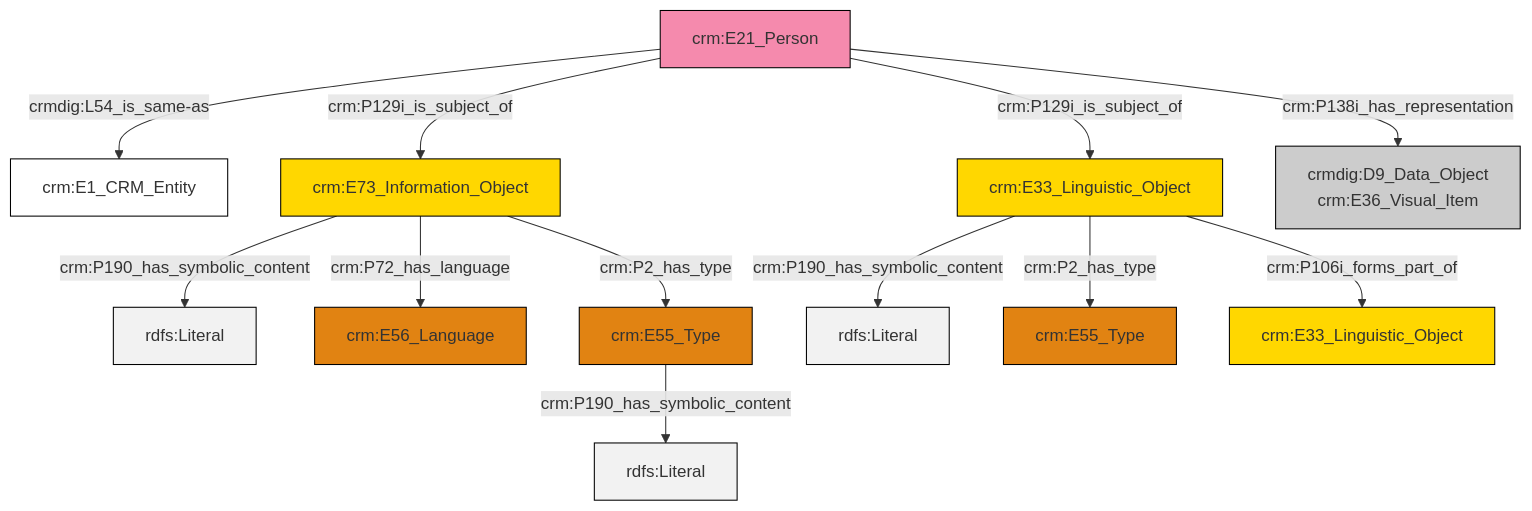
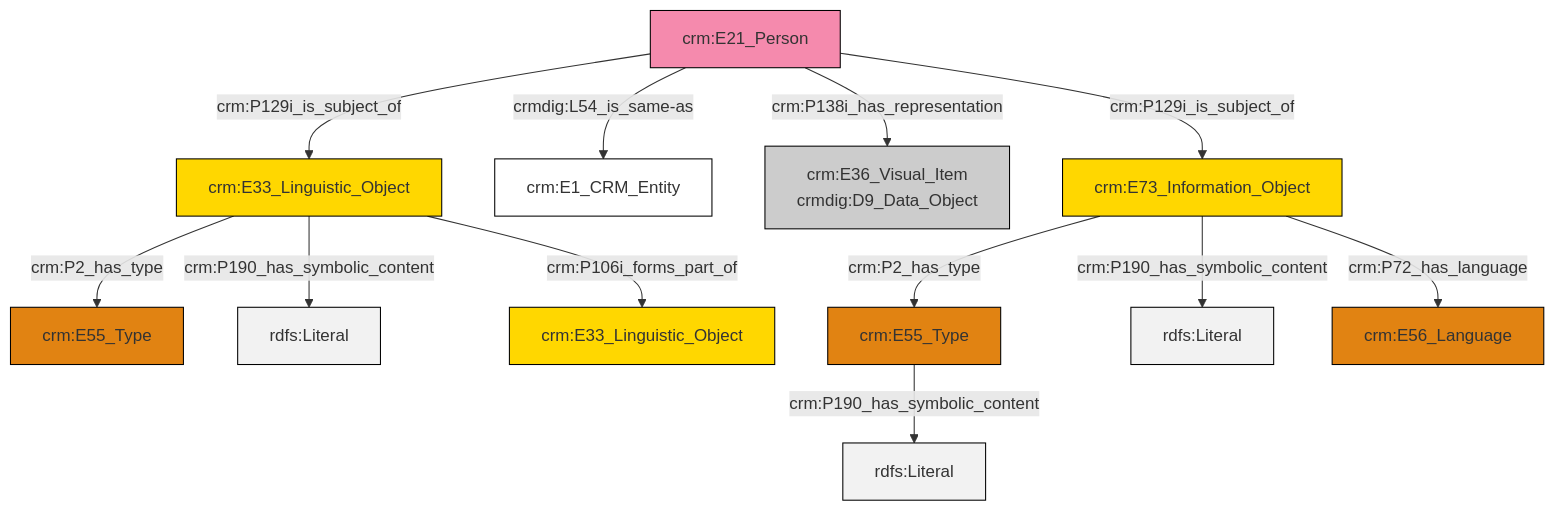
The diagram in et/personCSV/ttl/mmd/Person_Documentation.ttl.mmd (swiss-art-research-net/reference-data-models), drawn with Mermaid before and after one commit. The commit also changed 150 other files, not shown here.

```diff
--- a/et/personCSV/ttl/mmd/Person_Documentation.ttl.mmd
+++ b/et/personCSV/ttl/mmd/Person_Documentation.ttl.mmd
@@ -1,26 +1,26 @@
 graph TD
 classDef Literal fill:#f2f2f2,stroke:#000000;
 classDef CRM_Entity fill:#FFFFFF,stroke:#000000;
 classDef Temporal_Entity fill:#00C9E6, stroke:#000000;
 classDef Type fill:#E18312, stroke:#000000;
 classDef Time-Span fill:#2C9C91, stroke:#000000;
 classDef Appellation fill:#FFEB7F, stroke:#000000;
 classDef Place fill:#008836, stroke:#000000;
 classDef Persistent_Item fill:#B266B2, stroke:#000000;
 classDef Conceptual_Object fill:#FFD700, stroke:#000000;
 classDef Physical_Thing fill:#D2B48C, stroke:#000000;
 classDef Actor fill:#f58aad, stroke:#000000;
 classDef PC_Classes fill:#4ce600, stroke:#000000;
 classDef Multi fill:#cccccc,stroke:#000000;
 
-0["crm:E21_Person"]:::Actor -->|crmdig:L54_is_same-as| 1["crm:E1_CRM_Entity"]:::CRM_Entity
-2["crm:E55_Type"]:::Type -->|crm:P190_has_symbolic_content| 3[rdfs:Literal]:::Literal
-5["crm:E73_Information_Object"]:::Conceptual_Object -->|crm:P190_has_symbolic_content| 6[rdfs:Literal]:::Literal
-0["crm:E21_Person"]:::Actor -->|crm:P129i_is_subject_of| 5["crm:E73_Information_Object"]:::Conceptual_Object
-0["crm:E21_Person"]:::Actor -->|crm:P129i_is_subject_of| 9["crm:E33_Linguistic_Object"]:::Conceptual_Object
-9["crm:E33_Linguistic_Object"]:::Conceptual_Object -->|crm:P190_has_symbolic_content| 10[rdfs:Literal]:::Literal
-5["crm:E73_Information_Object"]:::Conceptual_Object -->|crm:P72_has_language| 11["crm:E56_Language"]:::Type
-9["crm:E33_Linguistic_Object"]:::Conceptual_Object -->|crm:P2_has_type| 12["crm:E55_Type"]:::Type
-5["crm:E73_Information_Object"]:::Conceptual_Object -->|crm:P2_has_type| 2["crm:E55_Type"]:::Type
-0["crm:E21_Person"]:::Actor -->|crm:P138i_has_representation| 7["crmdig:D9_Data_Object<br>crm:E36_Visual_Item"]:::Multi
-9["crm:E33_Linguistic_Object"]:::Conceptual_Object -->|crm:P106i_forms_part_of| 18["crm:E33_Linguistic_Object"]:::Conceptual_Object
+6["crm:E33_Linguistic_Object"]:::Conceptual_Object -->|crm:P2_has_type| 4["crm:E55_Type"]:::Type
+7["crm:E73_Information_Object"]:::Conceptual_Object -->|crm:P2_has_type| 8["crm:E55_Type"]:::Type
+6["crm:E33_Linguistic_Object"]:::Conceptual_Object -->|crm:P190_has_symbolic_content| 9[rdfs:Literal]:::Literal
+7["crm:E73_Information_Object"]:::Conceptual_Object -->|crm:P190_has_symbolic_content| 10[rdfs:Literal]:::Literal
+0["crm:E21_Person"]:::Actor -->|crm:P129i_is_subject_of| 6["crm:E33_Linguistic_Object"]:::Conceptual_Object
+6["crm:E33_Linguistic_Object"]:::Conceptual_Object -->|crm:P106i_forms_part_of| 2["crm:E33_Linguistic_Object"]:::Conceptual_Object
+0["crm:E21_Person"]:::Actor -->|crmdig:L54_is_same-as| 12["crm:E1_CRM_Entity"]:::CRM_Entity
+8["crm:E55_Type"]:::Type -->|crm:P190_has_symbolic_content| 13[rdfs:Literal]:::Literal
+0["crm:E21_Person"]:::Actor -->|crm:P138i_has_representation| 14["crm:E36_Visual_Item<br>crmdig:D9_Data_Object"]:::Multi
+7["crm:E73_Information_Object"]:::Conceptual_Object -->|crm:P72_has_language| 16["crm:E56_Language"]:::Type
+0["crm:E21_Person"]:::Actor -->|crm:P129i_is_subject_of| 7["crm:E73_Information_Object"]:::Conceptual_Object
```
